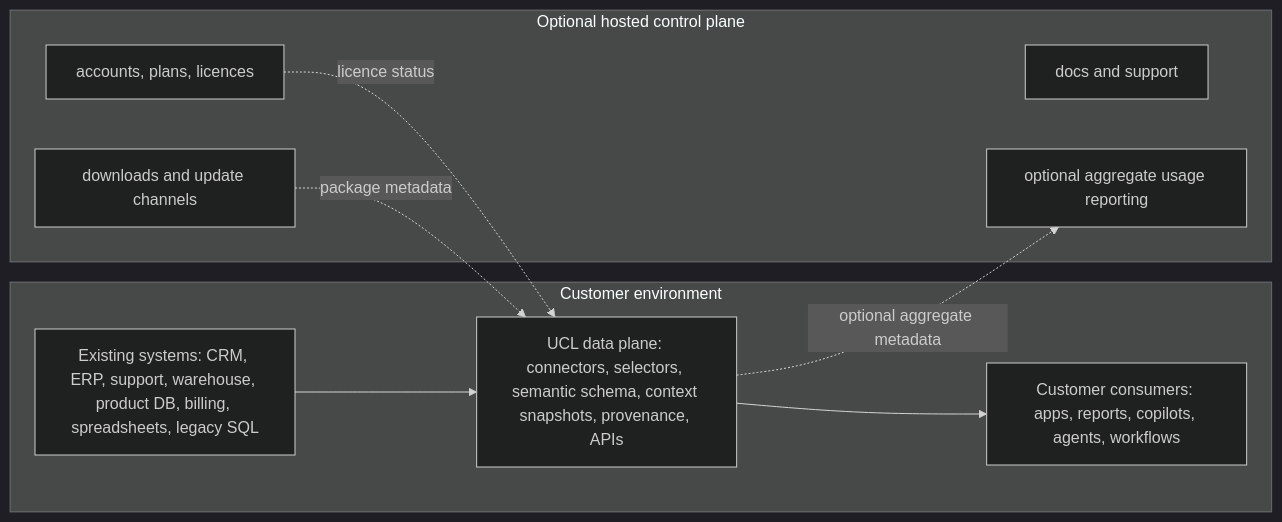
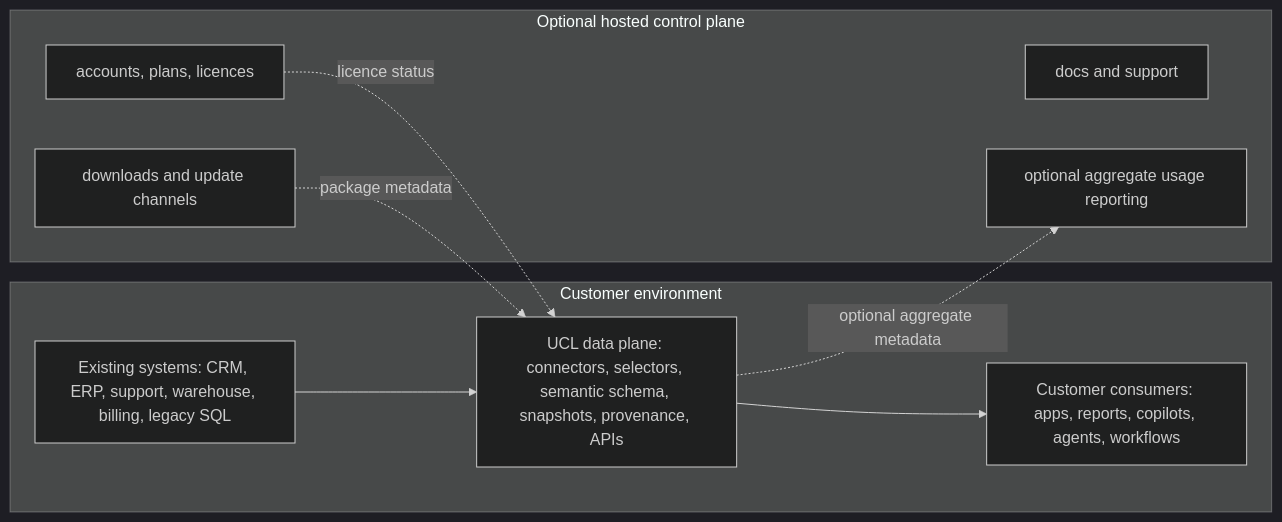
Before and after one commit to PaulJMaddison/scout: the second of 2 diagrams in README.md, drawn with Mermaid (dark theme). The commit also changed other lines of this file and 4 other files, not shown here.

````diff
--- a/README.md
+++ b/README.md
@@ -215,21 +116,21 @@
 ```mermaid
 flowchart LR
     subgraph Customer["Customer environment"]
-        Sources["Existing systems: CRM, ERP, support, warehouse, product DB, billing, spreadsheets, legacy SQL"]
-        DataPlane["UCL data plane: connectors, selectors, semantic schema, context snapshots, provenance, APIs"]
-        Consumers["Customer consumers: apps, reports, copilots, agents, workflows"]
-        Sources --> DataPlane
-        DataPlane --> Consumers
+        SourcesC["Existing systems: CRM, ERP, support, warehouse, billing, legacy SQL"]
+        DataPlane["UCL data plane: connectors, selectors, semantic schema, snapshots, provenance, APIs"]
+        CConsumers["Customer consumers: apps, reports, copilots, agents, workflows"]
+        SourcesC --> DataPlane
+        DataPlane --> CConsumers
     end
 
     subgraph Hosted["Optional hosted control plane"]
         Accounts["accounts, plans, licences"]
         Downloads["downloads and update channels"]
-        Support["docs and support"]
+        SupportH["docs and support"]
         Usage["optional aggregate usage reporting"]
     end
 
     Accounts -. licence status .-> DataPlane
     Downloads -. package metadata .-> DataPlane
     DataPlane -. optional aggregate metadata .-> Usage
 ```
````
